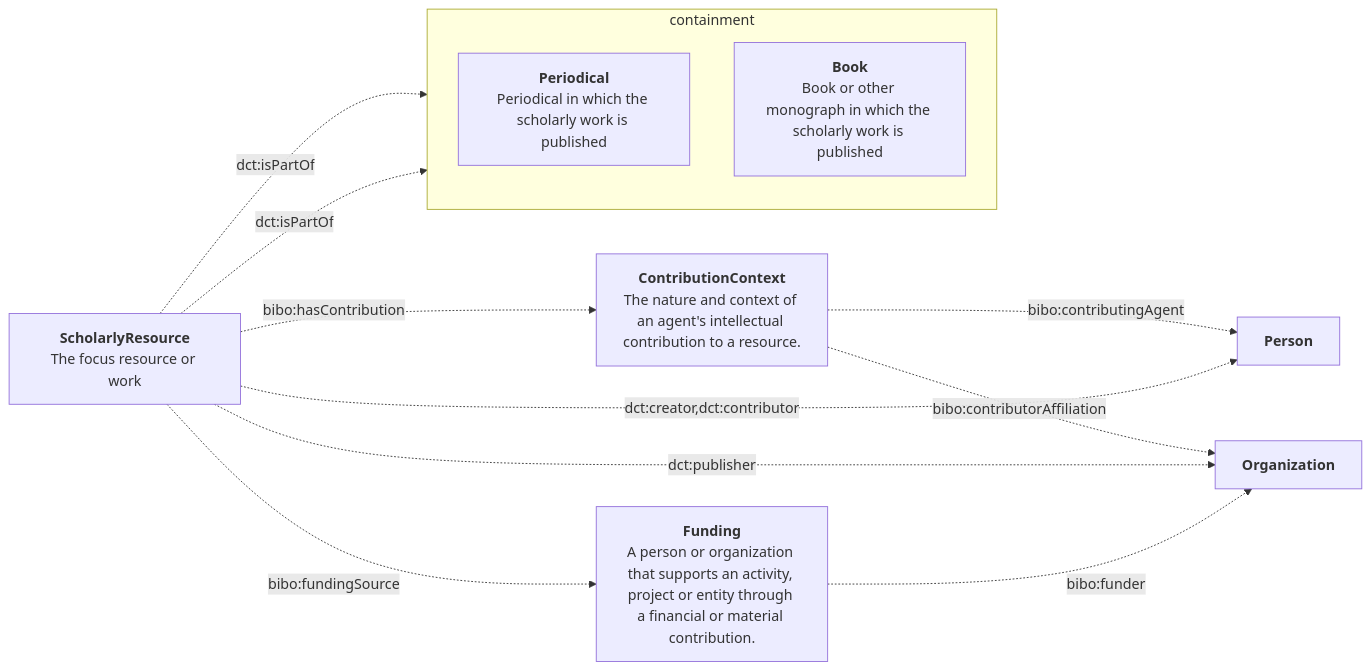
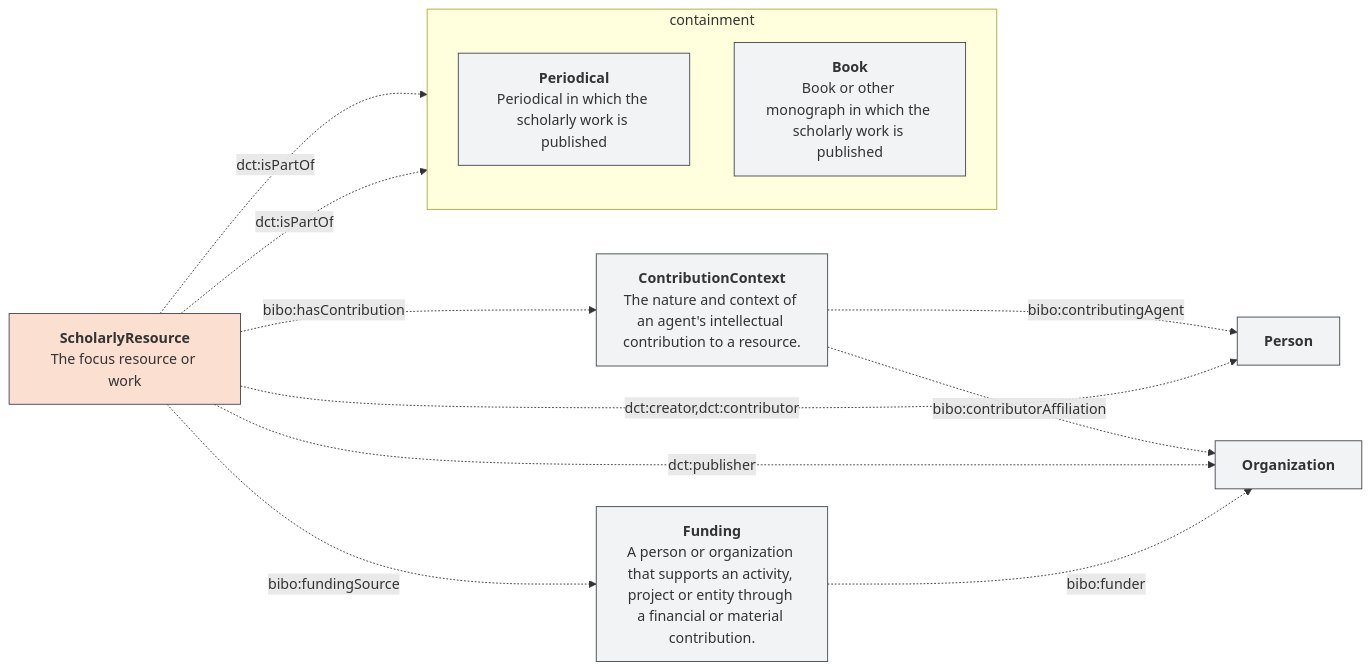
One commit to dcmi/dc-srap changed the diagram in docs/srap-profile.md. Above: the diagram before and after it, drawn with Mermaid.

Commit message:
Better colors in mermaid data model diagram

````diff
--- a/docs/srap-profile.md
+++ b/docs/srap-profile.md
@@ -53,29 +53,32 @@
 ```mermaid
 graph LR
 
 SR["`**ScholarlyResource**<br/>The focus resource or work`"]
+style SR fill:#fbdfd1
+
+classDef default fill:#f2f3f5,stroke:#3e454e
 
 subgraph containment
 direction TB
 CP["`**Periodical**<br/>Periodical in which the scholarly work is published`"]
 CB["`**Book**<br/>Book or other monograph in which the scholarly work is published`"]
 end
 
 FUN["`**Funding**<br/>A person or organization that supports an activity, project or entity through a financial or material contribution.`"]
 CC["`**ContributionContext**<br/>The nature and context of an agent's intellectual contribution to a resource.`"]
 PER["`**Person**`"]
 ORG["`**Organization**`"]
 
 SR -. dct:isPartOf .-> CP
 SR -. dct:isPartOf .-> CB
 
 SR -. bibo:hasContribution .-> CC
 CC -. bibo:contributingAgent .-> PER
 CC -. bibo:contributorAffiliation .-> ORG
 
 SR -. dct:creator,dct:contributor .-> PER
 SR -. dct:publisher .-> ORG
 
 SR -. bibo:fundingSource .-> FUN
 FUN -. bibo:funder .-> ORG
 ```
````
